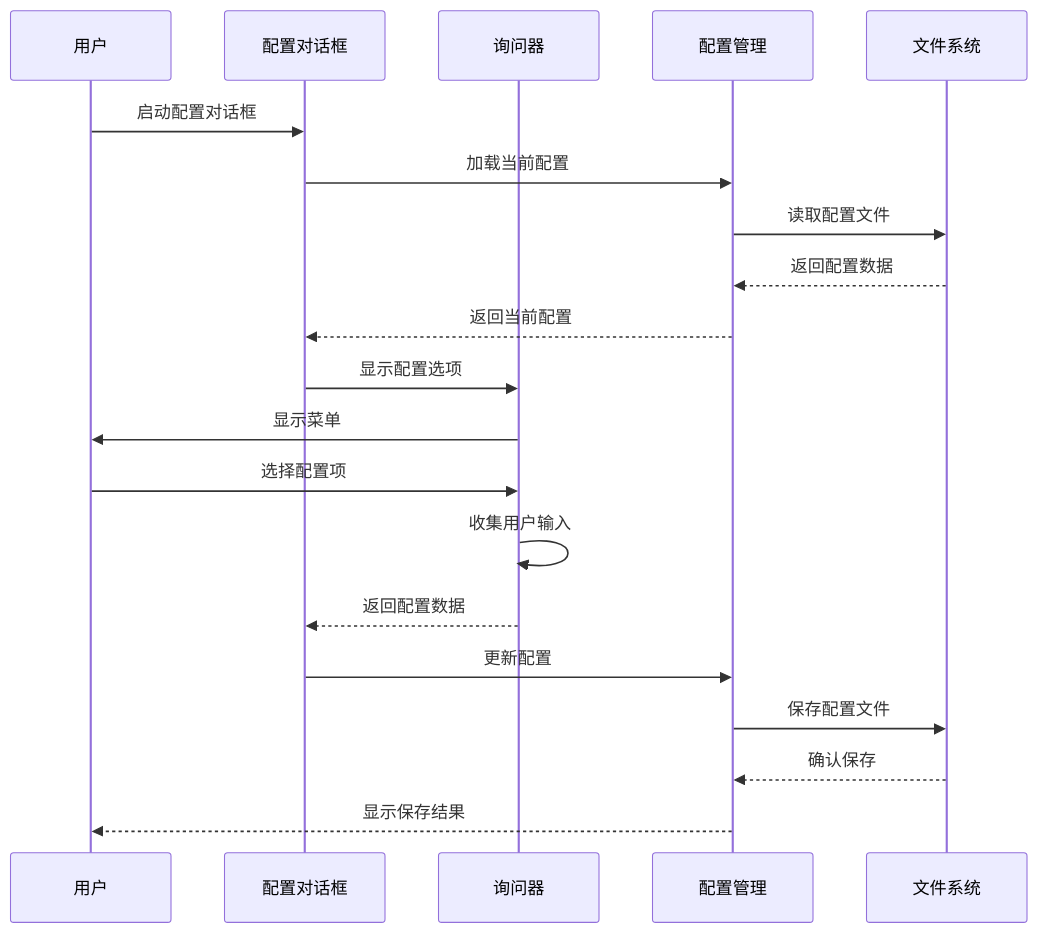
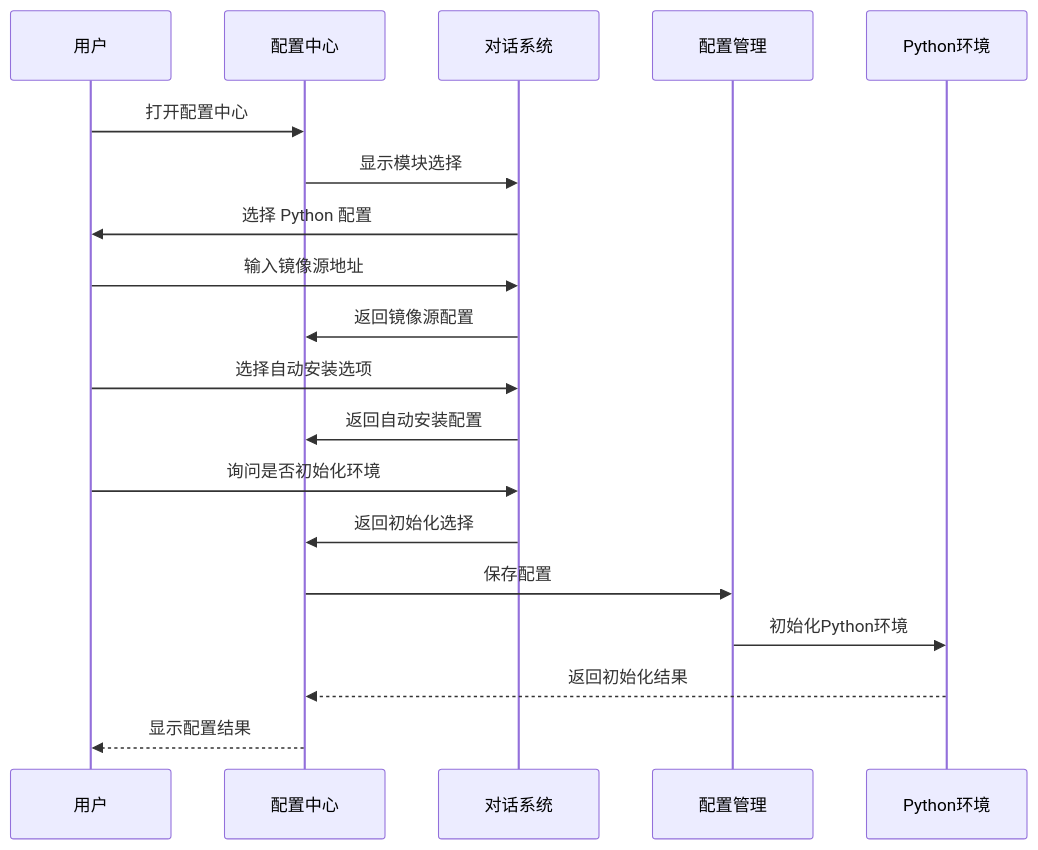
Before and after one commit to HAOFUYANG/onion-code: the sixth of 8 diagrams in .qoder/repowiki/zh/content/配置管理.md, drawn with Mermaid. The commit also changed other lines of this file and 13 other files, not shown here.

````diff
--- a/.qoder/repowiki/zh/content/配置管理.md
+++ b/.qoder/repowiki/zh/content/配置管理.md
@@ -224,22 +241,21 @@
 ```mermaid
 sequenceDiagram
 participant User as 用户
-participant Dialog as 配置对话框
-participant Inquirer as 询问器
+participant ConfigCenter as 配置中心
+participant Inquirer as 对话系统
 participant Config as 配置管理
-participant FS as 文件系统
-User->>Dialog : 启动配置对话框
-Dialog->>Config : 加载当前配置
-Config->>FS : 读取配置文件
-FS-->>Config : 返回配置数据
-Config-->>Dialog : 返回当前配置
-Dialog->>Inquirer : 显示配置选项
-Inquirer->>User : 显示菜单
-User->>Inquirer : 选择配置项
-Inquirer->>Inquirer : 收集用户输入
-Inquirer-->>Dialog : 返回配置数据
-Dialog->>Config : 更新配置
-Config->>FS : 保存配置文件
-FS-->>Config : 确认保存
-Config-->>User : 显示保存结果
+participant PythonEnv as Python环境
+User->>ConfigCenter : 打开配置中心
+ConfigCenter->>Inquirer : 显示模块选择
+Inquirer->>User : 选择 Python 配置
+User->>Inquirer : 输入镜像源地址
+Inquirer->>ConfigCenter : 返回镜像源配置
+User->>Inquirer : 选择自动安装选项
+Inquirer->>ConfigCenter : 返回自动安装配置
+User->>Inquirer : 询问是否初始化环境
+Inquirer->>ConfigCenter : 返回初始化选择
+ConfigCenter->>Config : 保存配置
+Config->>PythonEnv : 初始化Python环境
+PythonEnv-->>ConfigCenter : 返回初始化结果
+ConfigCenter-->>User : 显示配置结果
 ```
````
